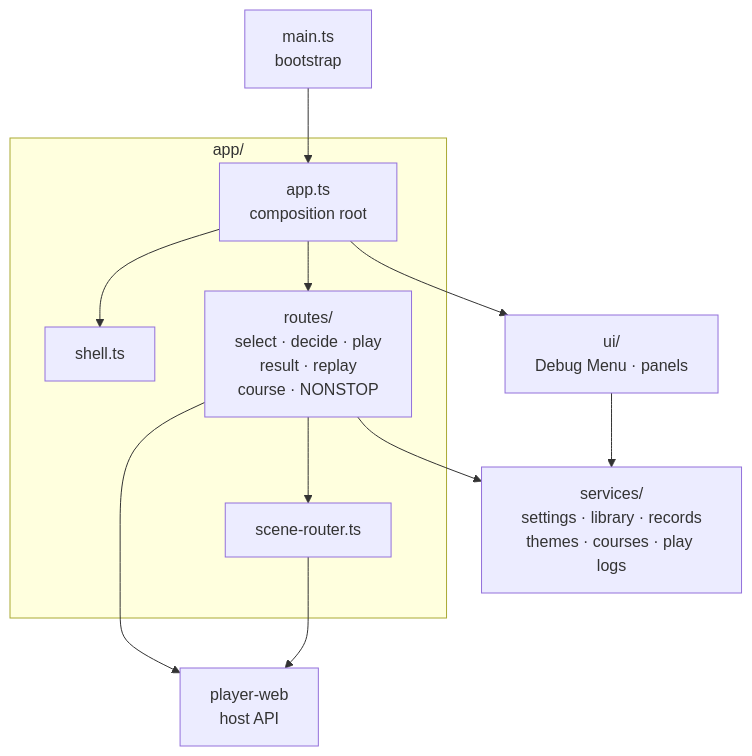
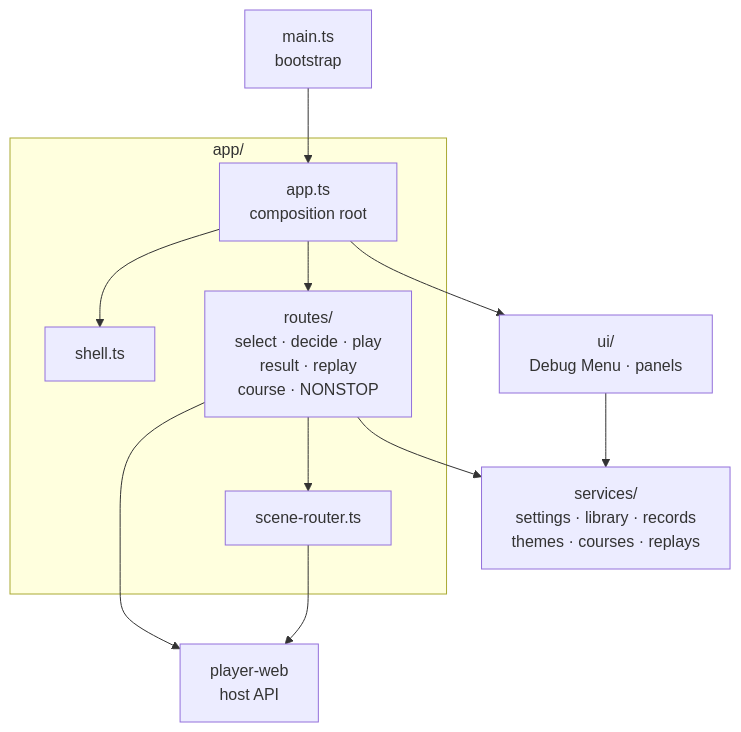
Before and after one commit to nulltask/be-music: the second of 15 diagrams in docs/player-web.md, drawn with Mermaid. The commit also changed other lines of this file and 603 other files, not shown here.

Commit message:
refactor: align chart, replay, and judgment terminology

````diff
--- a/docs/player-web.md
+++ b/docs/player-web.md
@@ -127,18 +127,18 @@
 ```mermaid
 flowchart TD
   main["main.ts<br/>bootstrap"] --> app
   subgraph appDir["app/"]
     app["app.ts<br/>composition root"]
     shell["shell.ts"]
     routes["routes/<br/>select · decide · play<br/>result · replay<br/>course · NONSTOP"]
     router["scene-router.ts"]
   end
   app --> shell
   app --> routes
   app --> ui["ui/<br/>Debug Menu · panels"]
   routes --> router
-  routes --> services["services/<br/>settings · library · records<br/>themes · courses · play logs"]
+  routes --> services["services/<br/>settings · library · records<br/>themes · courses · replays"]
   ui --> services
   routes --> host["player-web<br/>host API"]
   router --> host
 ```
````
